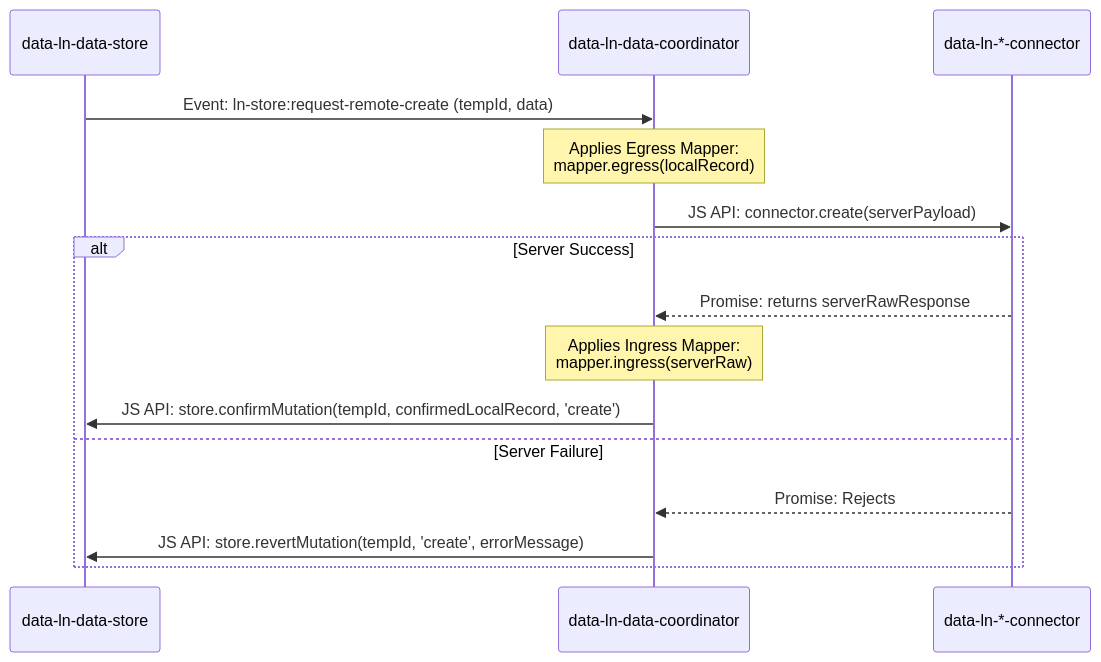
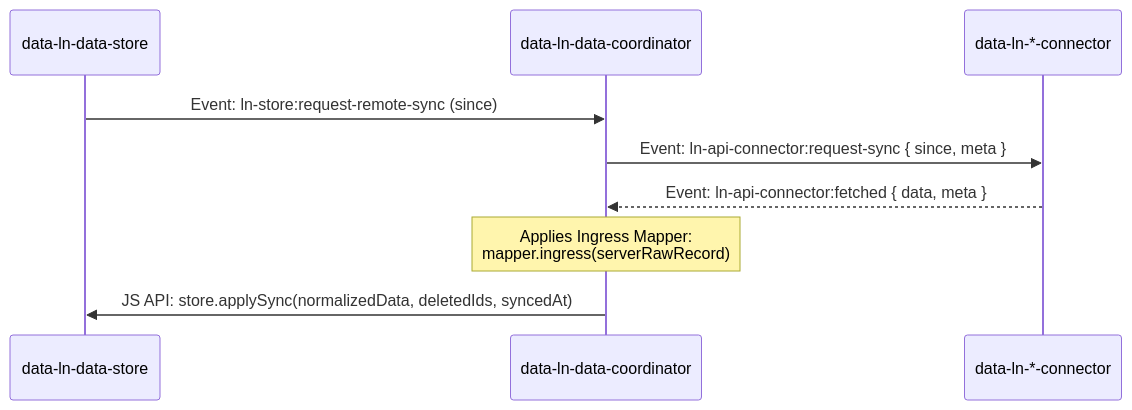
One commit to livenetworks/ln-ashlar changed the second of 3 diagrams in js/ln-data-coordinator/README.md. Above: the diagram before and after it, drawn with Mermaid. The commit also changed other lines of this file and 62 other files, not shown here.

````diff
--- a/js/ln-data-coordinator/README.md
+++ b/js/ln-data-coordinator/README.md
@@ -161,18 +223,12 @@
 ```mermaid
 sequenceDiagram
     participant Store as data-ln-data-store
     participant Coord as data-ln-data-coordinator
     participant Gateway as data-ln-*-connector
     
-    Store->>Coord: Event: ln-store:request-remote-create (tempId, data)
-    Note over Coord: Applies Egress Mapper:<br/>mapper.egress(localRecord)
-    Coord->>Gateway: JS API: connector.create(serverPayload)
-    alt Server Success
-        Gateway-->>Coord: Promise: returns serverRawResponse
-        Note over Coord: Applies Ingress Mapper:<br/>mapper.ingress(serverRaw)
-        Coord->>Store: JS API: store.confirmMutation(tempId, confirmedLocalRecord, 'create')
-    else Server Failure
-        Gateway-->>Coord: Promise: Rejects
-        Coord->>Store: JS API: store.revertMutation(tempId, 'create', errorMessage)
-    end
+    Store->>Coord: Event: ln-store:request-remote-sync (since)
+    Coord->>Gateway: Event: ln-api-connector:request-sync { since, meta }
+    Gateway-->>Coord: Event: ln-api-connector:fetched { data, meta }
+    Note over Coord: Applies Ingress Mapper:<br/>mapper.ingress(serverRawRecord)
+    Coord->>Store: JS API: store.applySync(normalizedData, deletedIds, syncedAt)
 ```
````
